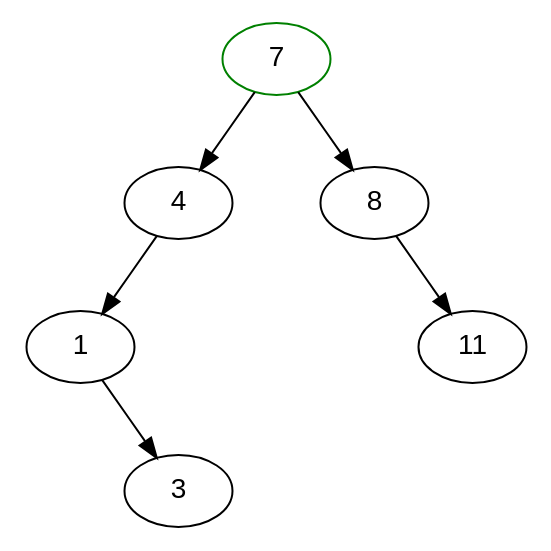
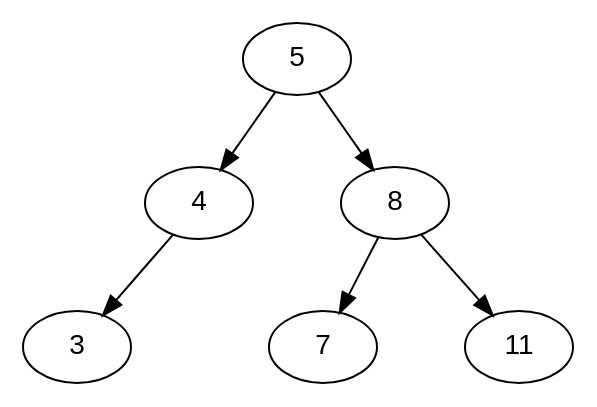
One commit to aaronbloomfield/pdr changed the diagram in slides/graphs/bst-10.dot. Above: the diagram before and after it, drawn with Graphviz. The commit also changed 26 other files, not shown here.

```diff
--- a/slides/graphs/bst-10.dot
+++ b/slides/graphs/bst-10.dot
@@ -1,33 +1,24 @@
 digraph G {
 	graph [fontname = "Helvetica"];
 	node [fontname = "Helvetica"];
 	edge [fontname = "Helvetica"];
 
-	7 [color=green];
-	7 -> 4;
+	5 -> 4;
 	null1 [label="", width=0.1, style=invis];
-	7 -> null1 [style=invis];
-	7 -> 8;
+	5 -> null1 [style=invis];
+	5 -> 8;
 	{rank=same 4 -> null1 -> 8 [style=invis]};
 	
-	4 -> 1;
+	4 -> 3;
 	null2 [label="", width=0.1, style=invis];
 	4 -> null2 [style=invis];
 	null3 [label="", width=0.1, style=invis];
 	4 -> null3 [style=invis];
-	{rank=same 1 -> null2 -> null3 [style=invis]};
+	{rank=same 3 -> null2 -> null3 [style=invis]};
 	
-	null4 [label="", width=0.1, style=invis];
-	1 -> null4 [style=invis];
-	null5 [label="", width=0.1, style=invis];
-	1 -> null5 [style=invis];
-	1 -> 3;
-	{rank=same null4 -> null5 -> 3 [style=invis]};
-
-	null7 [label="", width=0.1, style=invis];
-	8 -> null7 [style=invis];
+	8 -> 7;
 	null6 [label="", width=0.1, style=invis];
 	8 -> null6 [style=invis];
 	8 -> 11;
-	{rank=same null7 -> null6 -> 11 [style=invis]};
+	{rank=same 7 -> null6 -> 11 [style=invis]};
 }
```
